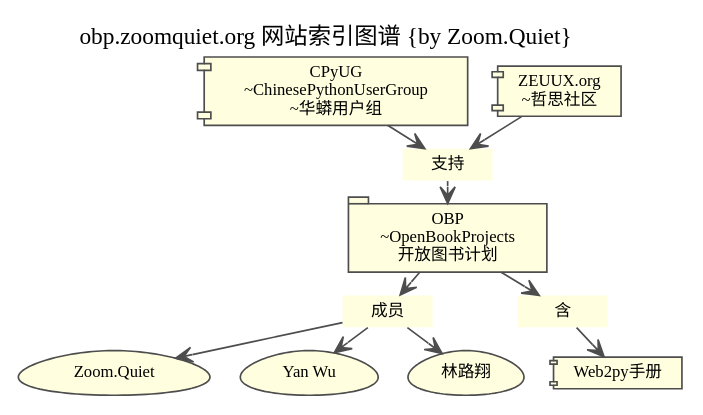
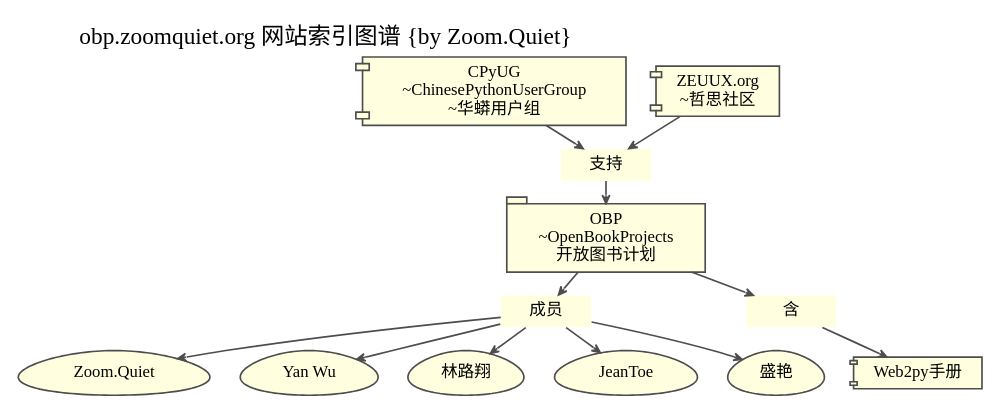
Before and after one commit to ZoomQuiet/zqlib.tangle: the diagram in tasks/obp.zoomquiet.org/map/obp-zq-idx.dot, drawn with Graphviz. The commit also changed 301 other files, not shown here.

```diff
--- a/tasks/obp.zoomquiet.org/map/obp-zq-idx.dot
+++ b/tasks/obp.zoomquiet.org/map/obp-zq-idx.dot
@@ -1,53 +1,57 @@
 digraph mainmap {
 /*图片生成命令:: need:: apt-get install graphviz-cairo
 $ dot test.dot -Tpng -o test.png -Tcmapx -o test.map
         style=filled,
         fillcolor=lightyellow,
         fontname="VeraSansYuanTi-Regular.ttf",        
         WenQuanYi Zen Hei
         fontname="WenQuanYi Zen Hei",
         ratio=compress,fill size="12,9",
 */
     graph [label="obp.zoomquiet.org 网站索引图谱 {by Zoom.Quiet}",
         labeljust="l",labelloc="t",
         fontsize=14.0,
         center=0,
         ratio=compress,ranksep=0.2,
         rankdir=TB,
         ];
     node[fontsize=10,
         height=0.1,
         style=filled,fillcolor=lightyellow,
         color=gray30,
         shape=component,
         ];
     /*dir=both,shape=plaintext shape=folder*/
     edge [fontsize=9.0,
         fontcolor=gray25,
         color=gray30,
-		arrowhead=vee,
-		arrowtail=none,
+		arrowsize=0.5,arrowhead=vee,arrowtail=none,
         ];
     /*服务元素
     is      [label="是",URL="http://wiki.rdev.kingsoft.net/moin/KUP"];
     */
     CPUG     [label="CPyUG\n~ChinesePythonUserGroup\n~华蟒用户组",URL="http://wiki.woodpecker.org.cn/moin/CPUG"];
     ZEUUX    [label="ZEUUX.org\n~哲思社区",URL="http://www.zeuux.org"];
     support  [label="支持",shape=plaintext];
     OBP      [label="OBP\n~OpenBookProjects\n开放图书计划",shape=tab,URL="http://code.google.com/p/openbookproject/"];
     author   [label="成员",shape=plaintext];
-    ZQ       [label="Zoom.Quiet",shape=egg,URL="http://zoomquiet.org"];
-    WY       [label="Yan Wu",shape=egg,URL="http://code.google.com/p/openbookproject/wiki/YanWu"];
-    LLX      [label="林路翔",shape=egg,URL="http://code.google.com/p/openbookproject/wiki/LinLuxiang"];
+        ZQ       [label="Zoom.Quiet",shape=egg,URL="http://zoomquiet.org"];
+        WY       [label="Yan Wu",shape=egg,URL="http://code.google.com/p/openbookproject/wiki/YanWu"];
+        LLX      [label="林路翔",shape=egg,URL="http://code.google.com/p/openbookproject/wiki/LinLuxiang"];
+        JeanToe      [label="JeanToe",shape=egg,URL="http://code.google.com/p/openbookproject/wiki/JeanToe"];
+        Liz      [label="盛艳",shape=egg,URL="http://code.google.com/u/shengyan1985/"];
+
     include  [label="含",shape=plaintext];
     w2pyzh   [label="Web2py手册",URL="/w2py_manual_zh"];
     /*服务关系*/
     ZEUUX->support;
         CPUG->support;
     support->OBP
     OBP->author->ZQ;
         author->WY;
         author->LLX;
+        author->Liz;
+        author->JeanToe;
     OBP->include;
         include->w2pyzh;
 }
```
